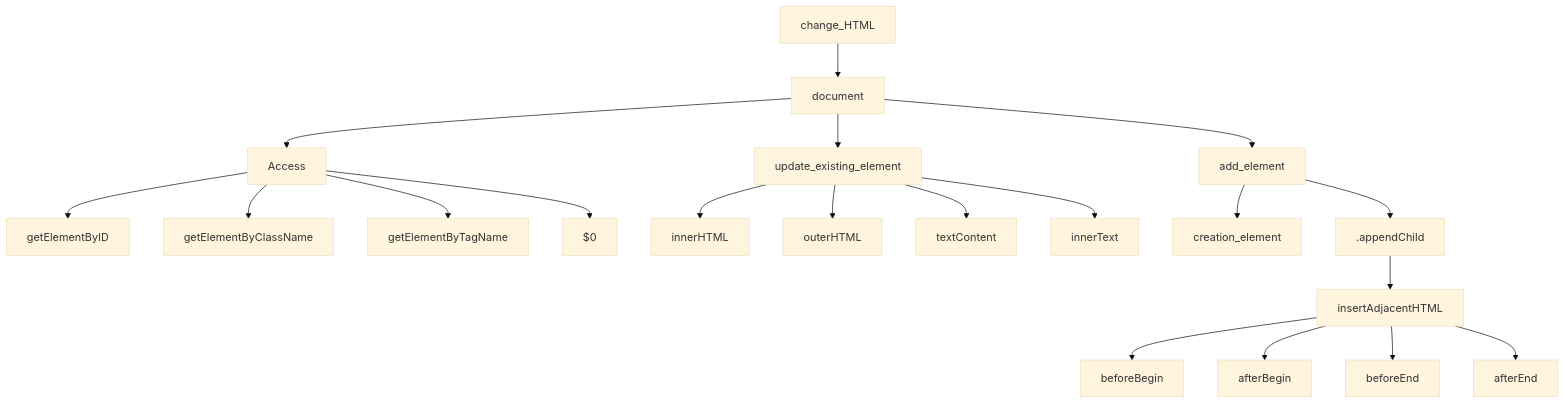
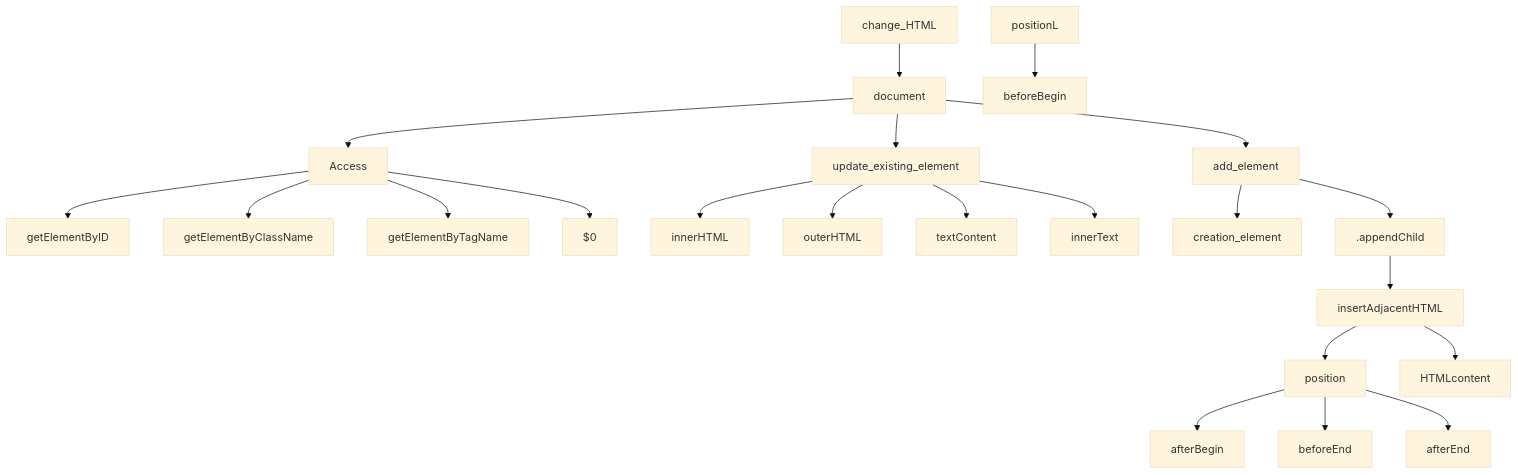
One commit to siddharthkumarrai/Javascript_guide changed the second of 2 diagrams in DOM.md. Above: the diagram before and after it, drawn with Mermaid (base theme).

````diff
--- a/DOM.md
+++ b/DOM.md
@@ -29,25 +29,27 @@
 ```mermaid
 graph TB;
 
     change_HTML --> document;
     document --> Access;
     Access --> getElementByID;
     Access --> getElementByClassName;
     Access --> getElementByTagName;
     Access --> $0;
     document --> update_existing_element;
     update_existing_element --> innerHTML;
     update_existing_element --> outerHTML;
     update_existing_element --> textContent;
     update_existing_element --> innerText;
     document --> add_element;
     add_element --> creation_element;
     add_element --> .appendChild;
     .appendChild --> insertAdjacentHTML;
-    insertAdjacentHTML --> beforeBegin;
-    insertAdjacentHTML --> afterBegin;
-    insertAdjacentHTML --> beforeEnd;
-    insertAdjacentHTML --> afterEnd;
+    insertAdjacentHTML --> position;
+    insertAdjacentHTML --> HTMLcontent
+    positionL --> beforeBegin;
+    position --> afterBegin;
+    position --> beforeEnd;
+    position --> afterEnd;
 
 
 ```
````
